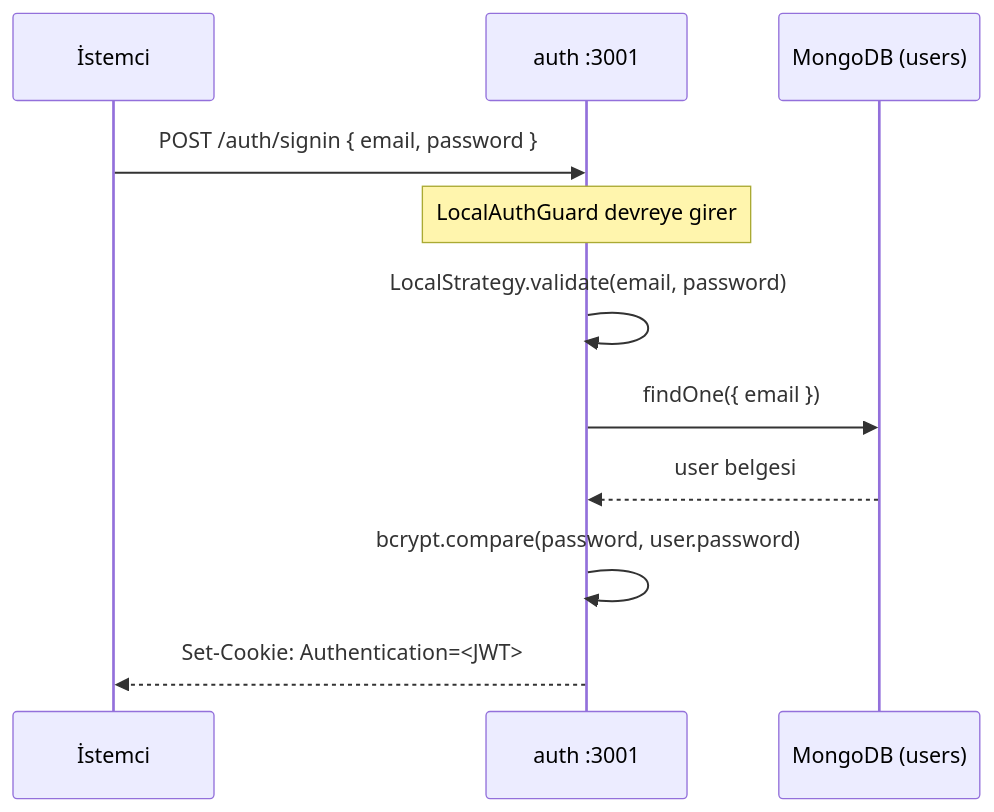
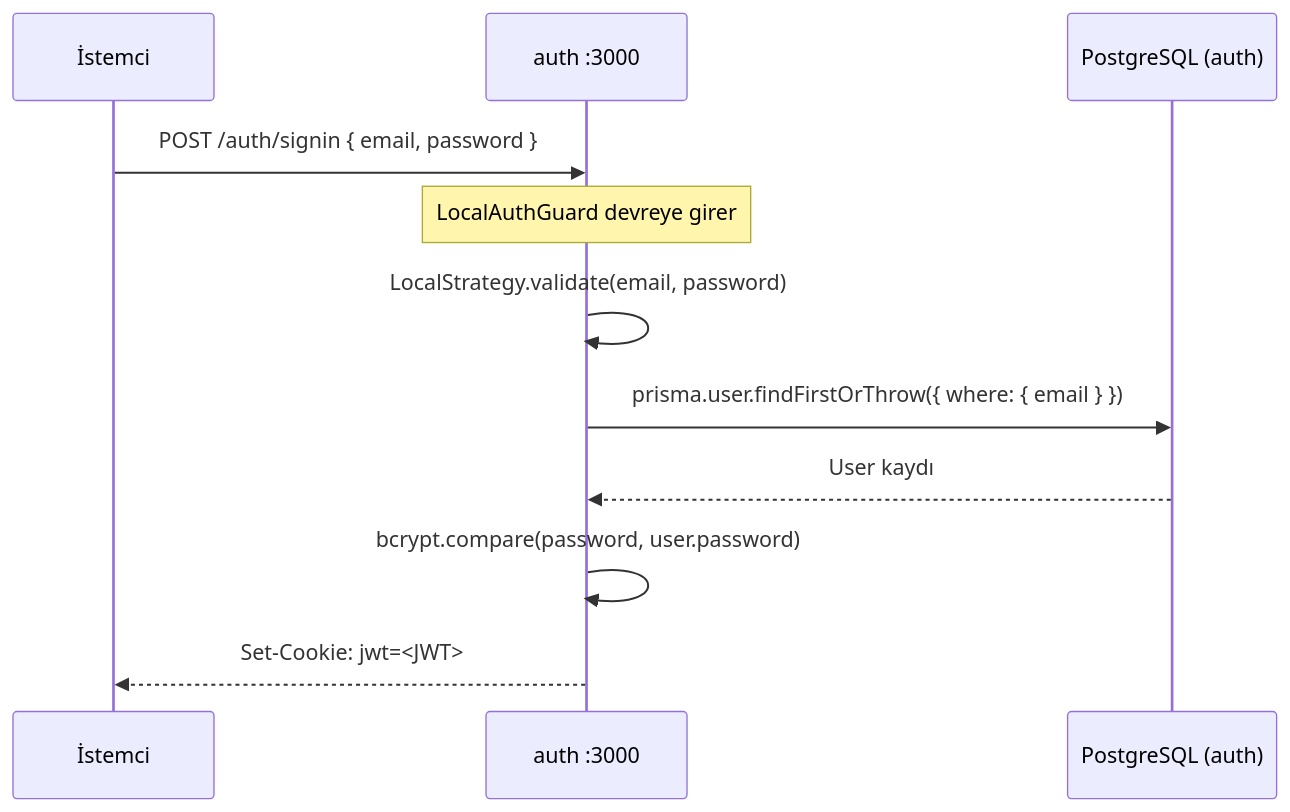
One commit to HuseyinKaraman/nestjs-microservice changed the second of 7 diagrams in docs/ARCHITECTURE.md. Above: the diagram before and after it, drawn with Mermaid. The commit also changed other lines of this file and 3 other files, not shown here.

First line of the commit message:
docs: update docs for Prisma/PostgreSQL and gRPC

````diff
--- a/docs/ARCHITECTURE.md
+++ b/docs/ARCHITECTURE.md
@@ -54,14 +56,14 @@
 ```mermaid
 sequenceDiagram
     participant C as İstemci
-    participant A as auth :3001
-    participant DB as MongoDB (users)
+    participant A as auth :3000
+    participant DB as PostgreSQL (auth)
 
     C->>A: POST /auth/signin { email, password }
     Note over A: LocalAuthGuard devreye girer
     A->>A: LocalStrategy.validate(email, password)
-    A->>DB: findOne({ email })
-    DB-->>A: user belgesi
+    A->>DB: prisma.user.findFirstOrThrow({ where: { email } })
+    DB-->>A: User kaydı
     A->>A: bcrypt.compare(password, user.password)
-    A-->>C: Set-Cookie: Authentication=<JWT>
+    A-->>C: Set-Cookie: jwt=<JWT>
 ```
````
